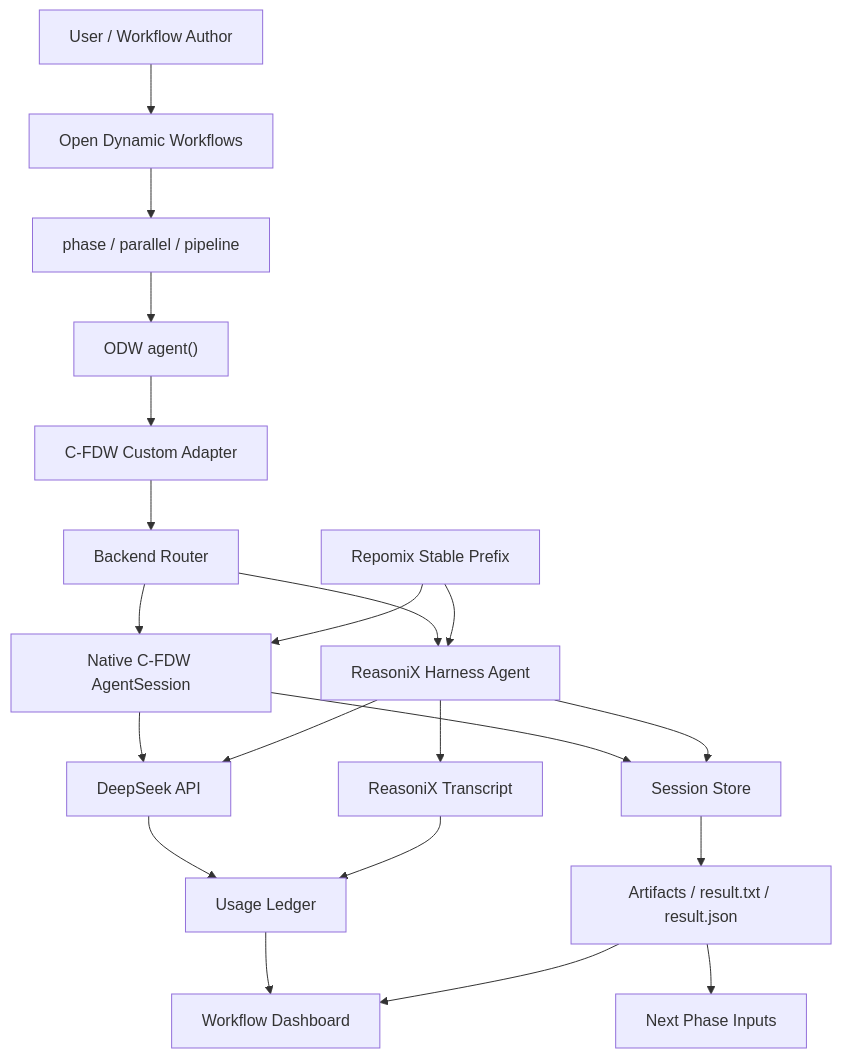
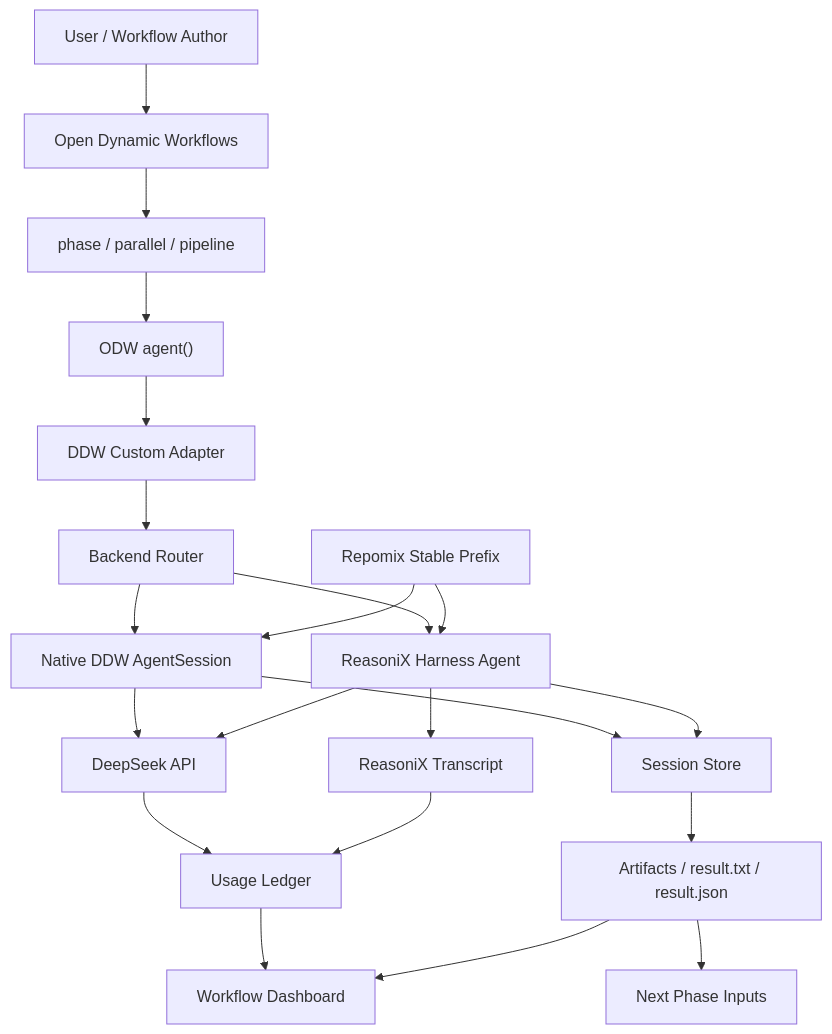
Before and after one commit to giao-123-sun/Deepseek-Dynamic-Workflow: the diagram in docs/current-design-cn.md, drawn with Mermaid. The commit also changed other lines of this file and 37 other files, not shown here.

````diff
--- a/docs/current-design-cn.md
+++ b/docs/current-design-cn.md
@@ -56,28 +56,28 @@
 ```mermaid
 flowchart TD
   User["User / Workflow Author"] --> ODW["Open Dynamic Workflows"]
   ODW --> Phase["phase / parallel / pipeline"]
   Phase --> Agent["ODW agent()"]
-  Agent --> Adapter["C-FDW Custom Adapter"]
+  Agent --> Adapter["DDW Custom Adapter"]
 
   Adapter --> Router["Backend Router"]
-  Router --> Native["Native C-FDW AgentSession"]
+  Router --> Native["Native DDW AgentSession"]
   Router --> RX["ReasoniX Harness Agent"]
 
   Native --> DeepSeek["DeepSeek API"]
   RX --> DeepSeek
 
   Prefix["Repomix Stable Prefix"] --> Native
   Prefix --> RX
 
   DeepSeek --> Usage["Usage Ledger"]
   Native --> Session["Session Store"]
   RX --> Session
   RX --> Transcript["ReasoniX Transcript"]
 
   Session --> Artifacts["Artifacts / result.txt / result.json"]
   Transcript --> Usage
   Usage --> Dashboard["Workflow Dashboard"]
   Artifacts --> Dashboard
   Artifacts --> NextPhase["Next Phase Inputs"]
 ```
````
